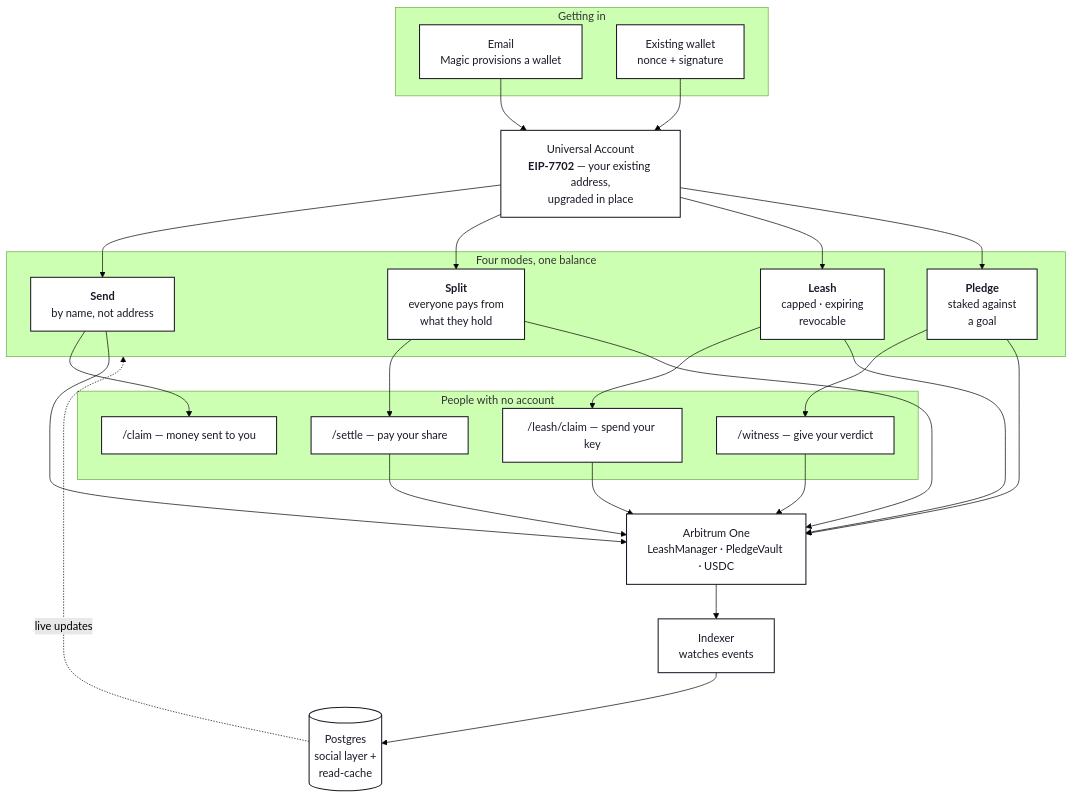
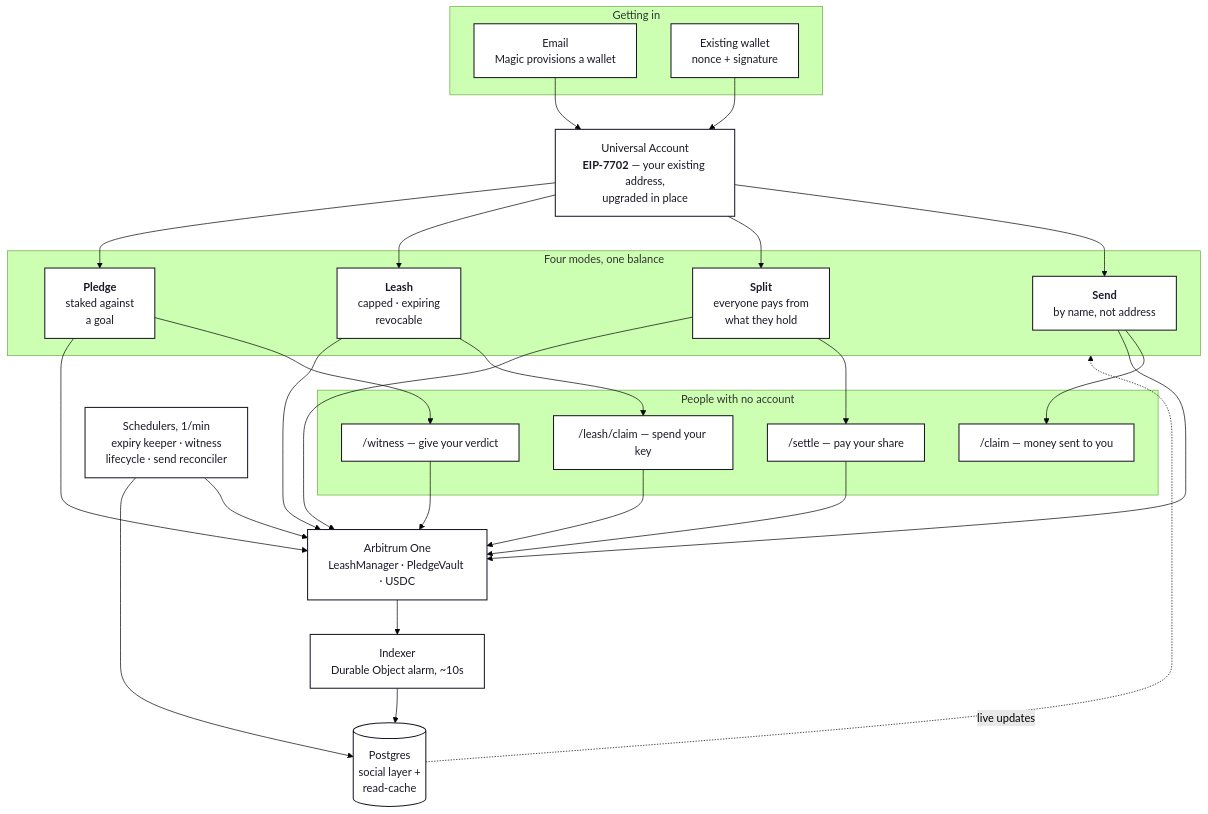
Before and after one commit to winsznx/float: the diagram in README.md, drawn with Mermaid (forest theme). The commit also changed other lines of this file and 5 other files, not shown here.

````diff
--- a/README.md
+++ b/README.md
@@ -36,45 +36,48 @@
 ```mermaid
 flowchart TB
     subgraph entry["Getting in"]
         E1["Email<br/>Magic provisions a wallet"]
         E2["Existing wallet<br/>nonce + signature"]
     end
 
     UA["Universal Account<br/><b>EIP-7702</b> — your existing address,<br/>upgraded in place"]
 
     subgraph modes["Four modes, one balance"]
         SEND["<b>Send</b><br/>by name, not address"]
         SPLIT["<b>Split</b><br/>everyone pays from<br/>what they hold"]
         LEASH["<b>Leash</b><br/>capped · expiring<br/>revocable"]
         PLEDGE["<b>Pledge</b><br/>staked against<br/>a goal"]
     end
 
     subgraph links["People with no account"]
         L1["/claim — money sent to you"]
         L2["/settle — pay your share"]
         L3["/leash/claim — spend your key"]
         L4["/witness — give your verdict"]
     end
 
     CHAIN["Arbitrum One<br/>LeashManager · PledgeVault · USDC"]
-    IDX["Indexer<br/>watches events"]
+    IDX["Indexer<br/>Durable Object alarm, ~10s"]
+    CRON["Schedulers, 1/min<br/>expiry keeper · witness<br/>lifecycle · send reconciler"]
     DB[("Postgres<br/>social layer +<br/>read-cache")]
 
     E1 --> UA
     E2 --> UA
     UA --> SEND & SPLIT & LEASH & PLEDGE
 
     SEND --> L1
     SPLIT --> L2
     LEASH --> L3
     PLEDGE --> L4
 
     SEND & SPLIT & LEASH & PLEDGE --> CHAIN
     L2 & L3 & L4 --> CHAIN
 
     CHAIN --> IDX --> DB
+    CRON --> CHAIN
+    CRON --> DB
     DB -.->|"live updates"| modes
 
     classDef node fill:#ffffff,stroke:#1c1726,stroke-width:1.5px,color:#1c1726
-    class E1,E2,UA,SEND,SPLIT,LEASH,PLEDGE,L1,L2,L3,L4,CHAIN,IDX,DB node
+    class E1,E2,UA,SEND,SPLIT,LEASH,PLEDGE,L1,L2,L3,L4,CHAIN,IDX,CRON,DB node
 ```
````
